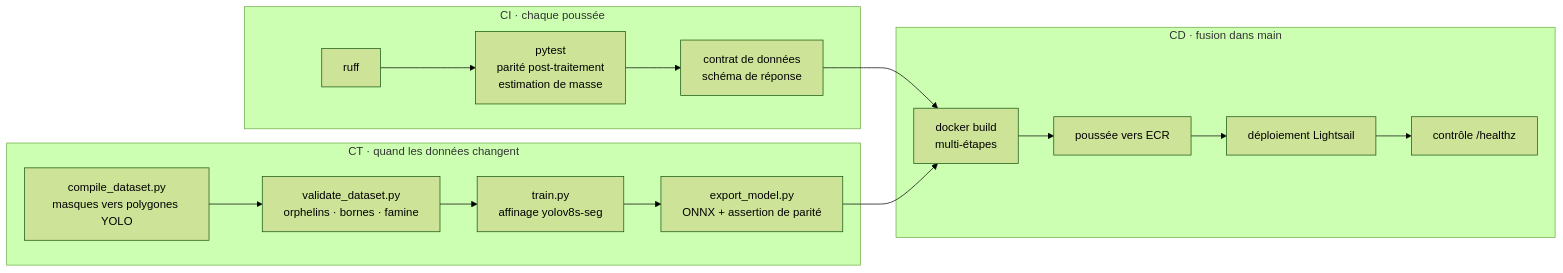
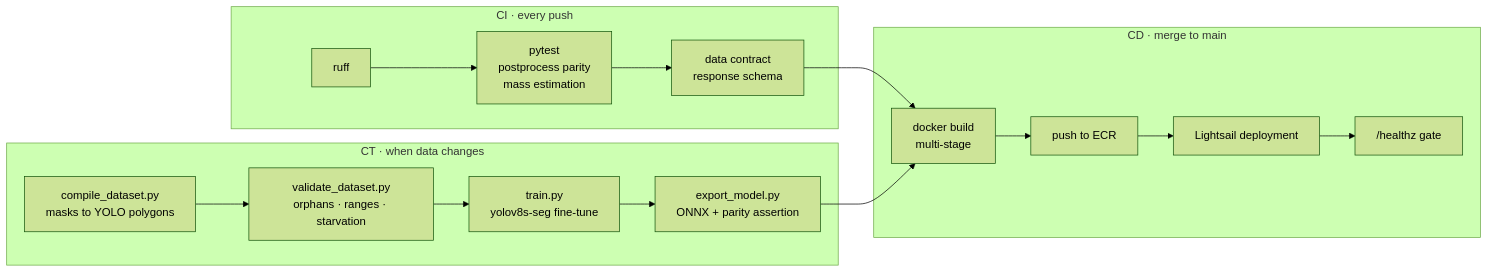
One commit to Zen-Daitsu/Nutrivision changed the second of 5 diagrams in README.md. Above: the diagram before and after it, drawn with Mermaid (forest theme). The commit also changed other lines of this file, not shown here.

````diff
--- a/README.md
+++ b/README.md
@@ -86,28 +86,28 @@
 ```mermaid
 flowchart LR
-    subgraph CI["CI · chaque poussée"]
+    subgraph CI["CI · every push"]
         lint["ruff"]
-        unit["pytest<br/>parité post-traitement<br/>estimation de masse"]
-        contract["contrat de données<br/>schéma de réponse"]
+        unit["pytest<br/>postprocess parity<br/>mass estimation"]
+        contract["data contract<br/>response schema"]
     end
 
-    subgraph CT["CT · quand les données changent"]
-        compile["compile_dataset.py<br/>masques vers polygones YOLO"]
-        validate["validate_dataset.py<br/>orphelins · bornes · famine"]
-        train["train.py<br/>affinage yolov8s-seg"]
-        export["export_model.py<br/>ONNX + assertion de parité"]
+    subgraph CT["CT · when data changes"]
+        compile["compile_dataset.py<br/>masks to YOLO polygons"]
+        validate["validate_dataset.py<br/>orphans · ranges · starvation"]
+        train["train.py<br/>yolov8s-seg fine-tune"]
+        export["export_model.py<br/>ONNX + parity assertion"]
     end
 
-    subgraph CD["CD · fusion dans main"]
-        build["docker build<br/>multi-étapes"]
-        push["poussée vers ECR"]
-        deploy["déploiement Lightsail"]
-        health["contrôle /healthz"]
+    subgraph CD["CD · merge to main"]
+        build["docker build<br/>multi-stage"]
+        push["push to ECR"]
+        deploy["Lightsail deployment"]
+        health["/healthz gate"]
     end
 
     lint --> unit --> contract
     contract --> build
     compile --> validate --> train --> export
     export --> build
     build --> push --> deploy --> health
 ```
````
